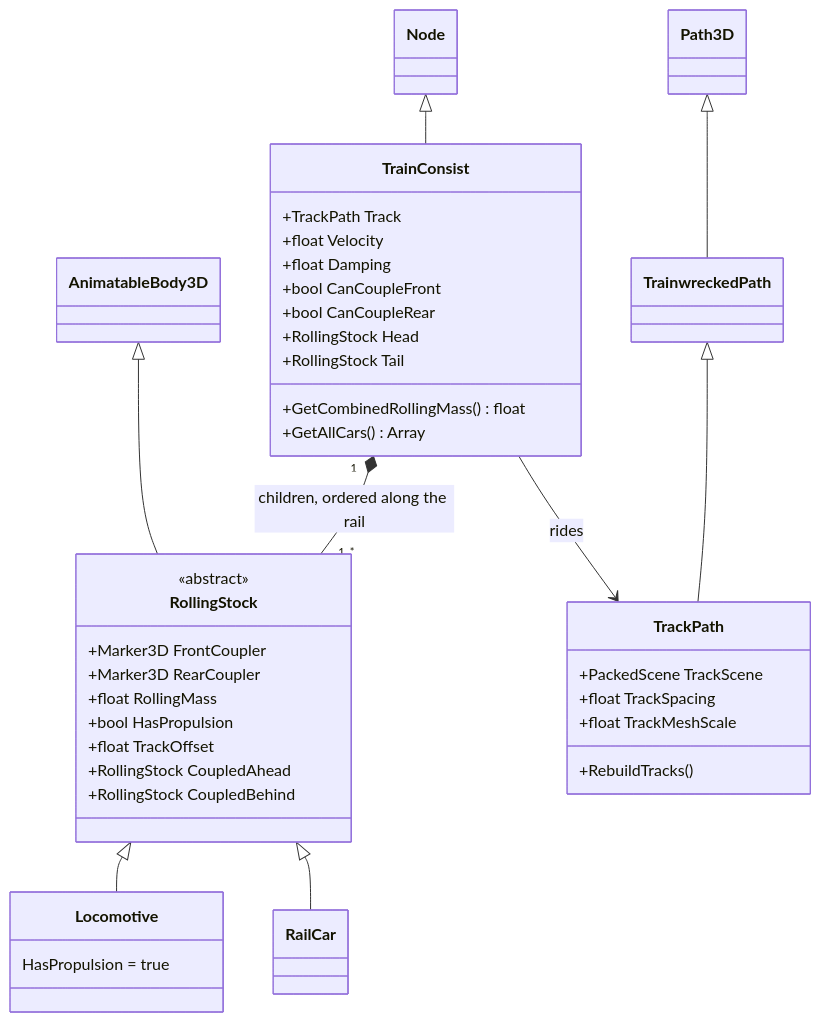
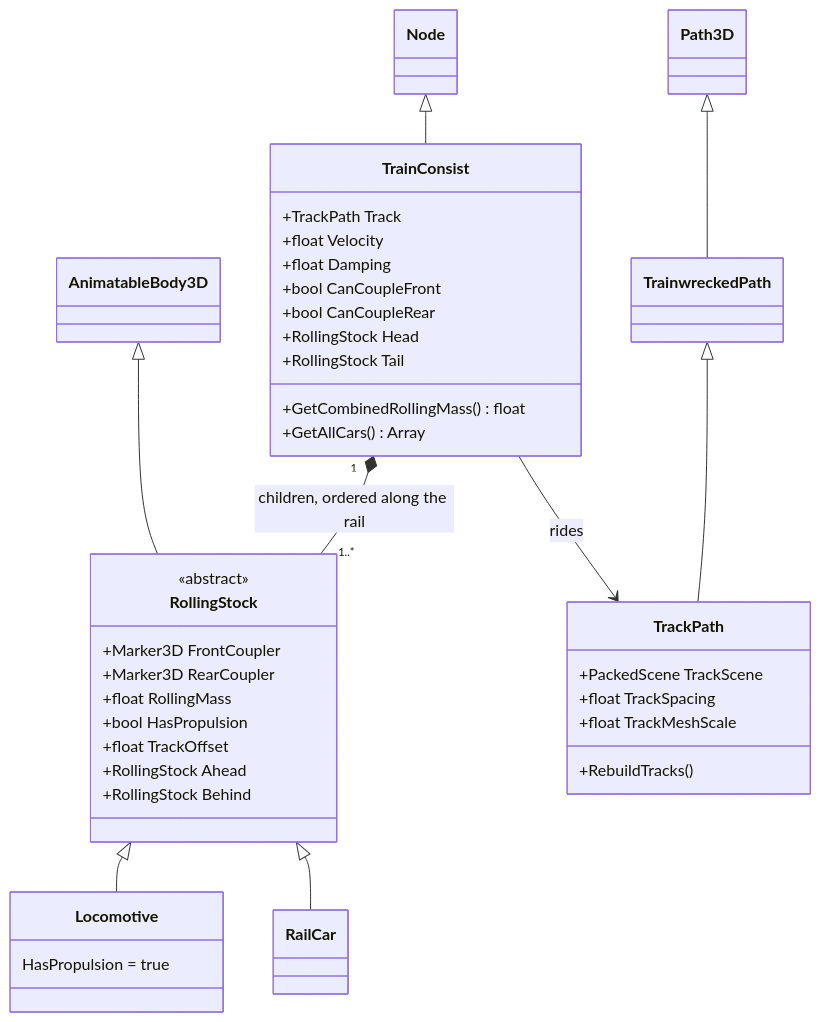
One commit to itsung26/Trainwrecked changed the diagram in concept/train_class_design.md. Above: the diagram before and after it, drawn with Mermaid. The commit also changed other lines of this file and 6 other files, not shown here.

````diff
--- a/concept/train_class_design.md
+++ b/concept/train_class_design.md
@@ -5,52 +5,52 @@
 ```mermaid
 classDiagram
     class Node
     class AnimatableBody3D
     class Path3D
 
     class RollingStock {
         <<abstract>>
         +Marker3D FrontCoupler
         +Marker3D RearCoupler
         +float RollingMass
         +bool HasPropulsion
         +float TrackOffset
-        +RollingStock CoupledAhead
-        +RollingStock CoupledBehind
+        +RollingStock Ahead
+        +RollingStock Behind
     }
 
     class Locomotive {
         HasPropulsion = true
     }
 
     class RailCar {
     }
 
     class TrainConsist {
         +TrackPath Track
         +float Velocity
         +float Damping
         +bool CanCoupleFront
         +bool CanCoupleRear
         +RollingStock Head
         +RollingStock Tail
         +GetCombinedRollingMass() float
         +GetAllCars() Array
     }
 
     class TrackPath {
         +PackedScene TrackScene
         +float TrackSpacing
         +float TrackMeshScale
         +RebuildTracks()
     }
 
     AnimatableBody3D <|-- RollingStock
     RollingStock <|-- Locomotive
     RollingStock <|-- RailCar
     Node <|-- TrainConsist
     Path3D <|-- TrainwreckedPath
     TrainwreckedPath <|-- TrackPath
     TrainConsist "1" *-- "1..*" RollingStock : children, ordered along the rail
     TrainConsist --> TrackPath : rides
 ```
````
